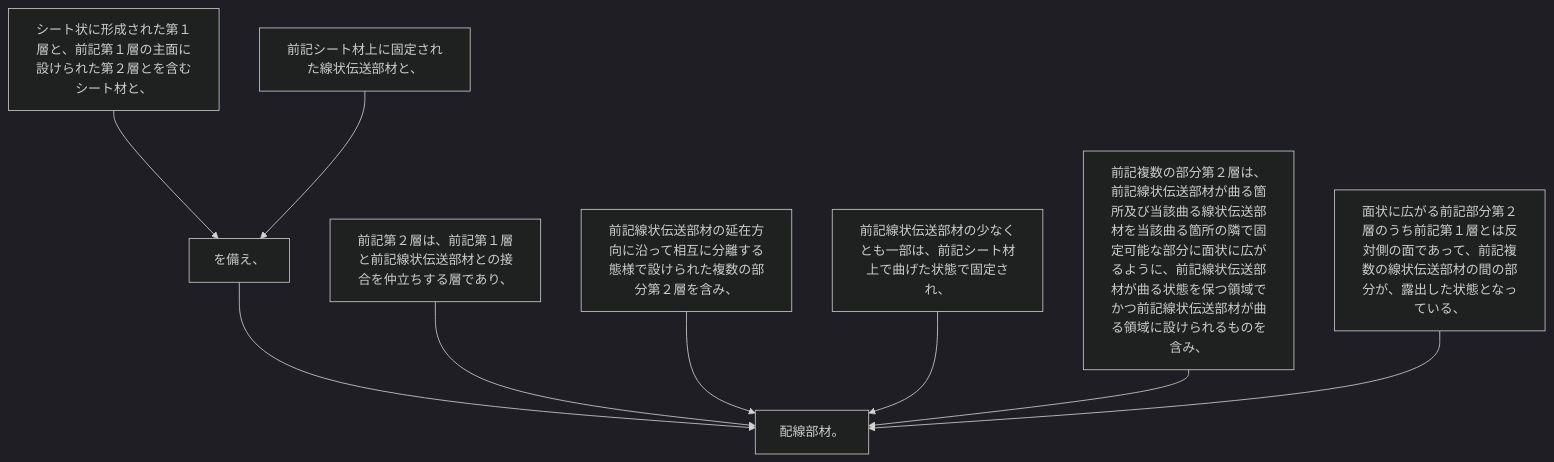
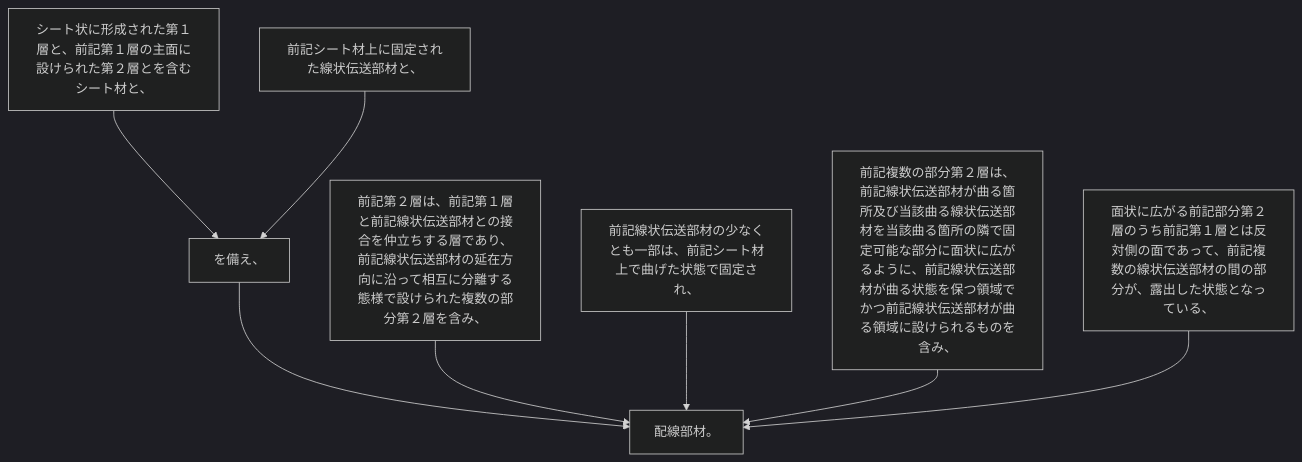
The diagram in 2024/JP2024001238A/claim_6/README.md (shinmori55/patent_analyzed), drawn with Mermaid (dark theme) before and after one commit. The commit also changed 31 other files, not shown here.

````diff
--- a/2024/JP2024001238A/claim_6/README.md
+++ b/2024/JP2024001238A/claim_6/README.md
@@ -8,20 +8,18 @@
 ```mermaid
 flowchart TD
 A[シート状に形成された第１層と、前記第１層の主面に設けられた第２層とを含むシート材と、]
 B[前記シート材上に固定された線状伝送部材と、]
 C[を備え、]
-D[前記第２層は、前記第１層と前記線状伝送部材との接合を仲立ちする層であり、]
-E[前記線状伝送部材の延在方向に沿って相互に分離する態様で設けられた複数の部分第２層を含み、]
-F[前記線状伝送部材の少なくとも一部は、前記シート材上で曲げた状態で固定され、]
-G[前記複数の部分第２層は、前記線状伝送部材が曲る箇所及び当該曲る線状伝送部材を当該曲る箇所の隣で固定可能な部分に面状に広がるように、前記線状伝送部材が曲る状態を保つ領域でかつ前記線状伝送部材が曲る領域に設けられるものを含み、]
-H[面状に広がる前記部分第２層のうち前記第１層とは反対側の面であって、前記複数の線状伝送部材の間の部分が、露出した状態となっている、]
-I[配線部材。]
+D[前記第２層は、前記第１層と前記線状伝送部材との接合を仲立ちする層であり、前記線状伝送部材の延在方向に沿って相互に分離する態様で設けられた複数の部分第２層を含み、]
+E[前記線状伝送部材の少なくとも一部は、前記シート材上で曲げた状態で固定され、]
+F[前記複数の部分第２層は、前記線状伝送部材が曲る箇所及び当該曲る線状伝送部材を当該曲る箇所の隣で固定可能な部分に面状に広がるように、前記線状伝送部材が曲る状態を保つ領域でかつ前記線状伝送部材が曲る領域に設けられるものを含み、]
+G[面状に広がる前記部分第２層のうち前記第１層とは反対側の面であって、前記複数の線状伝送部材の間の部分が、露出した状態となっている、]
+H[配線部材。]
 A --> C
 B --> C
-C --> I
-D --> I
-E --> I
-F --> I
-G --> I
-H --> I
+C --> H
+D --> H
+E --> H
+F --> H
+G --> H
 ```
````
